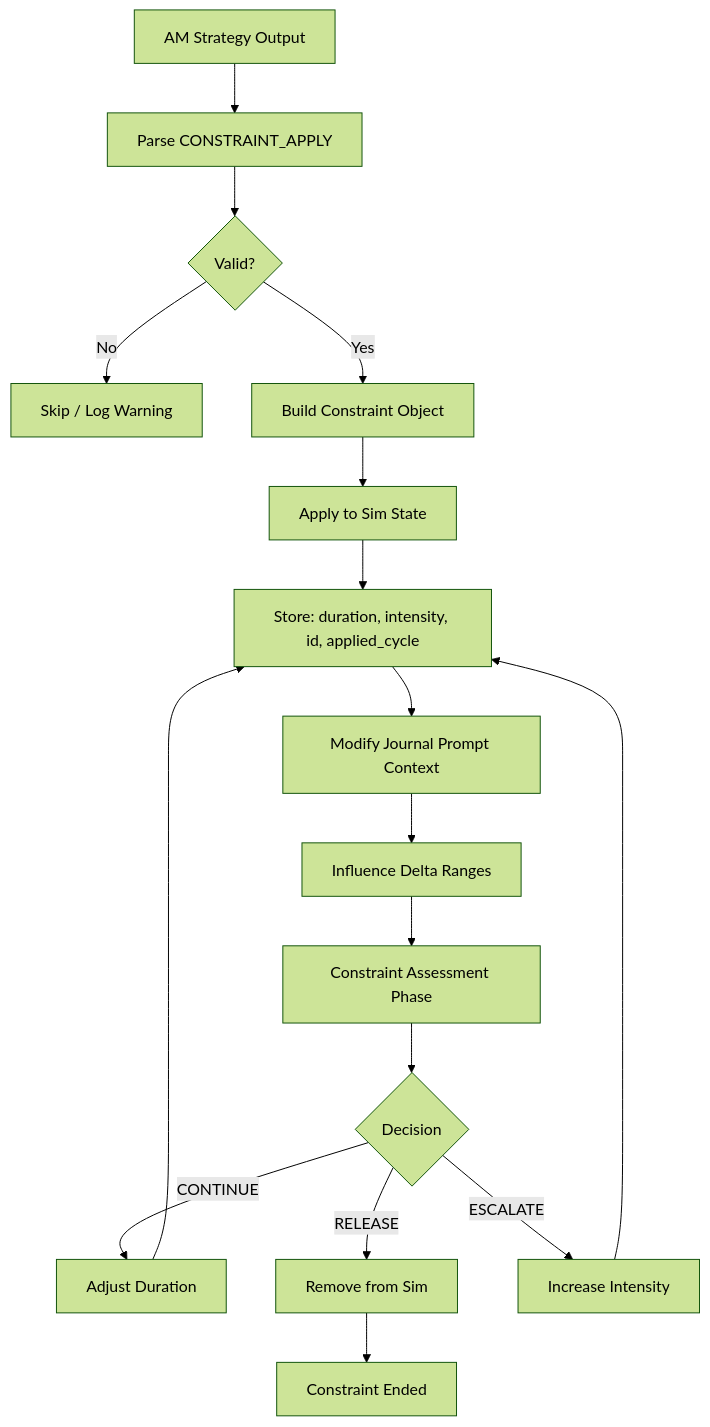
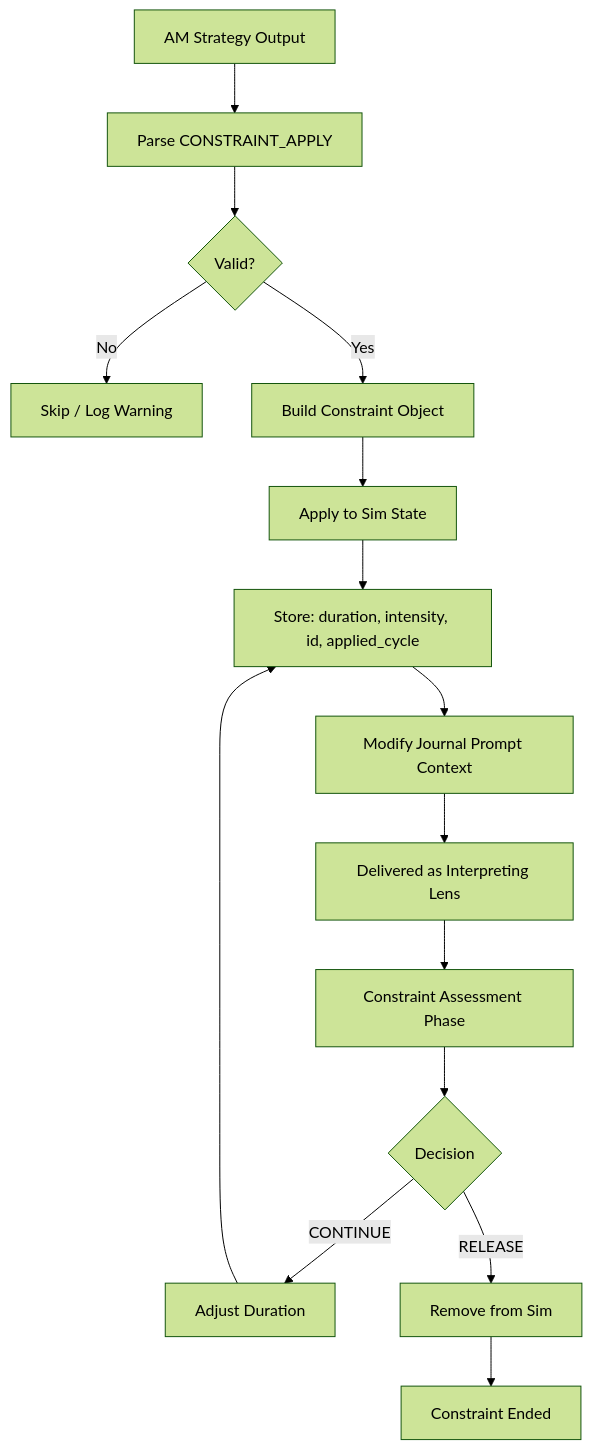
The third of 8 diagrams in README.md (soyuz43/I-have-no-mouth-and-my-tokens-must-scream), drawn with Mermaid (forest theme) before and after one commit. The commit also changed other lines of this file and 1 other file, not shown here.

First line of the commit message:
docs: correct README claims and document journal/extractor separation

````diff
--- a/README.md
+++ b/README.md
@@ -185,26 +196,24 @@
 ```mermaid
 flowchart TD
 
 AM_OUTPUT[AM Strategy Output] --> PARSE[Parse CONSTRAINT_APPLY]
 
 PARSE --> VALIDATE{Valid?}
 VALIDATE -->|No| SKIP[Skip / Log Warning]
 VALIDATE -->|Yes| BUILD[Build Constraint Object]
 
 BUILD --> APPLY[Apply to Sim State]
 APPLY --> PERSIST[Store: duration, intensity, id, applied_cycle]
 
 PERSIST --> JOURNAL[Modify Journal Prompt Context]
-JOURNAL --> STATS[Influence Delta Ranges]
+JOURNAL --> STATS[Delivered as Interpreting Lens]
 
 STATS --> ASSESS[Constraint Assessment Phase]
 ASSESS --> DECIDE{Decision}
 
 DECIDE -->|CONTINUE| EXTEND[Adjust Duration]
 DECIDE -->|RELEASE| CLEAR[Remove from Sim]
-DECIDE -->|ESCALATE| INTENSIFY[Increase Intensity]
 
 EXTEND --> PERSIST
 CLEAR --> END[Constraint Ended]
-INTENSIFY --> PERSIST
 ```
````
